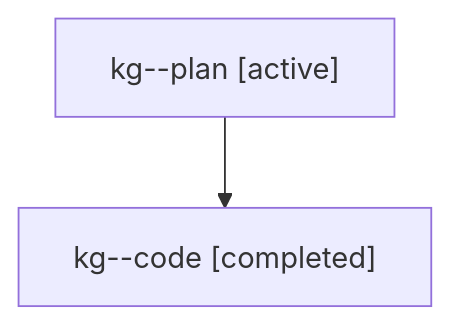
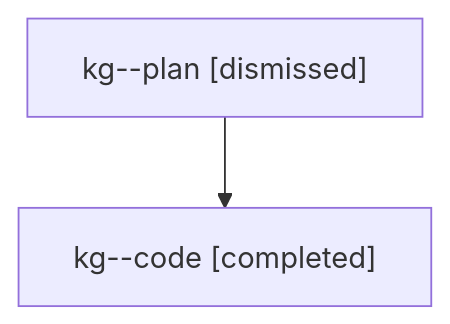
One commit to sase-org/sase--agents changed the diagram in sessions/bbugyi200.athena.kg.md. Above: the diagram before and after it, drawn with Mermaid. The commit also changed other lines of this file and 33 other files, not shown here.

````diff
--- a/sessions/bbugyi200.athena.kg.md
+++ b/sessions/bbugyi200.athena.kg.md
@@ -9,6 +9,6 @@
 ```mermaid
 flowchart TD
-  n0["kg--plan [active]"]
+  n0["kg--plan [dismissed]"]
   n1["kg--code [completed]"]
   n0 --> n1
 ```
````
